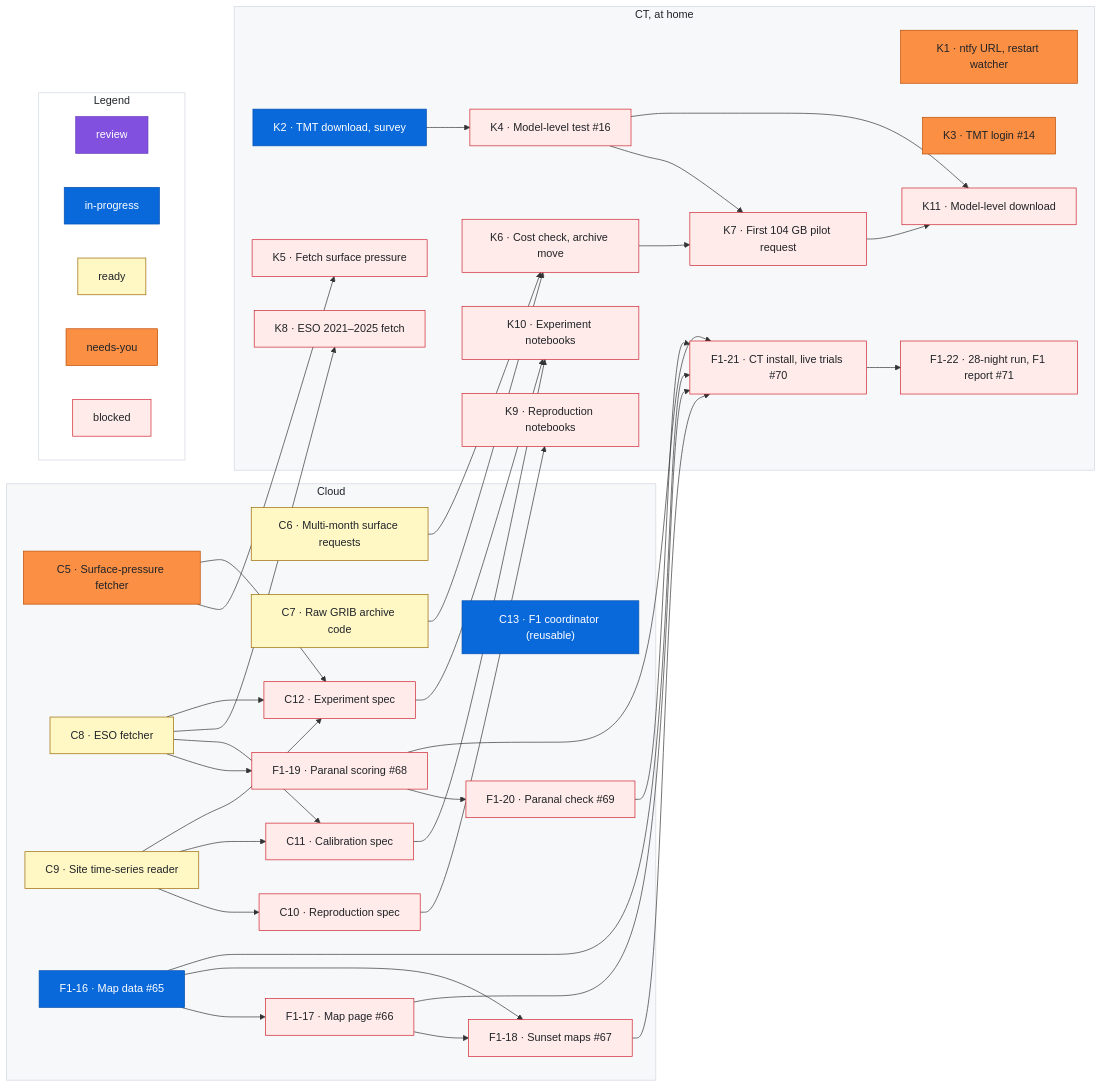
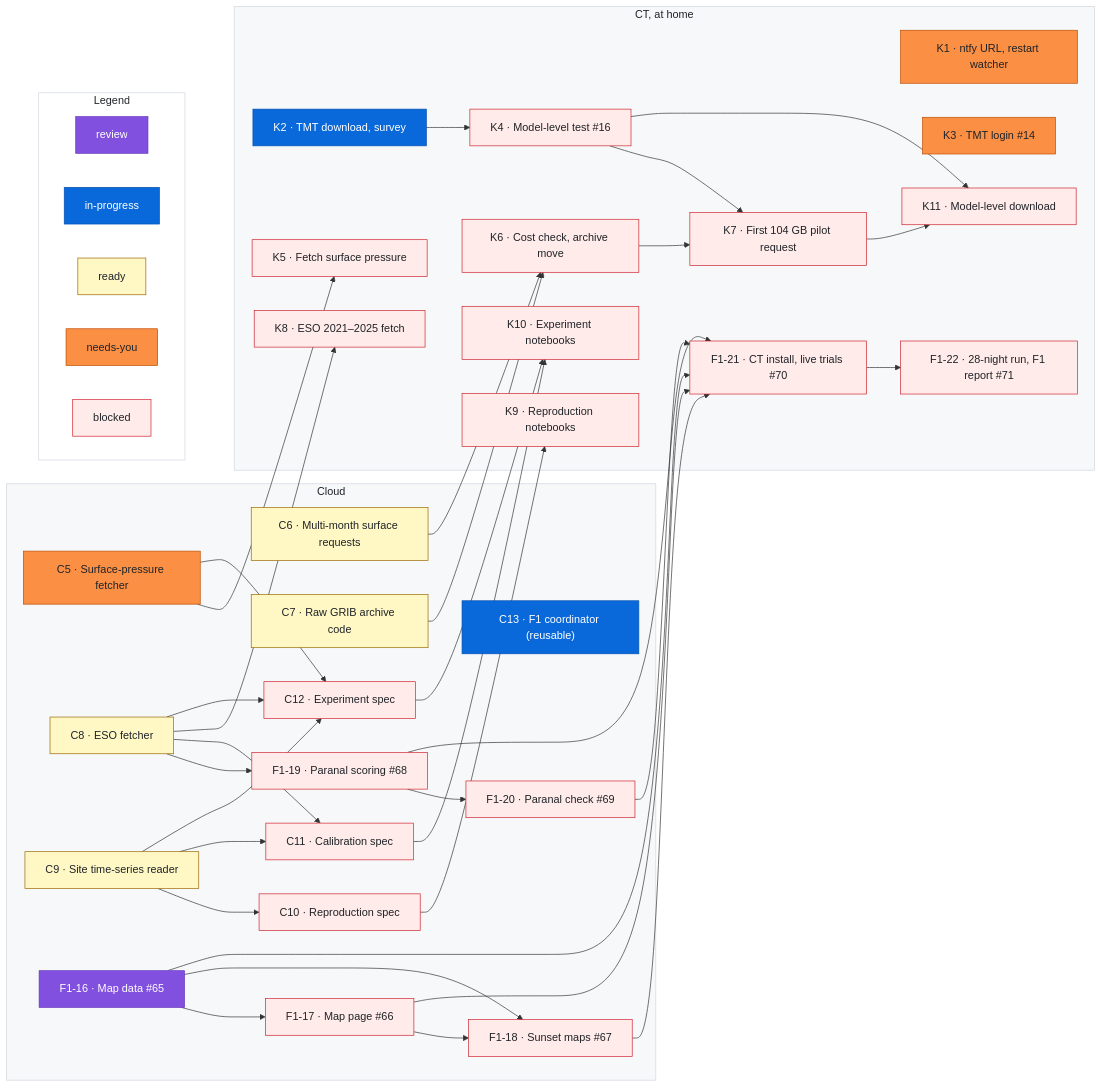
One commit to rrweller/Astro-seeing changed the diagram in docs/roadmap.md. Above: the diagram before and after it, drawn with Mermaid. The commit also changed other lines of this file, not shown here.

Commit message:
roadmap: F1-16 in-progress → review
Claude-Session: https://claude.ai/code/session_01ECS9raFm3vxsrVcoCuKymK

```diff
--- a/docs/roadmap.md
+++ b/docs/roadmap.md
@@ -171,7 +171,7 @@
   %% ---
   class C13 inprogress
   %% ---
-  class F1_16 inprogress
+  class F1_16 review
   %% ---
   class F1_17 blocked
   %% ---
```
